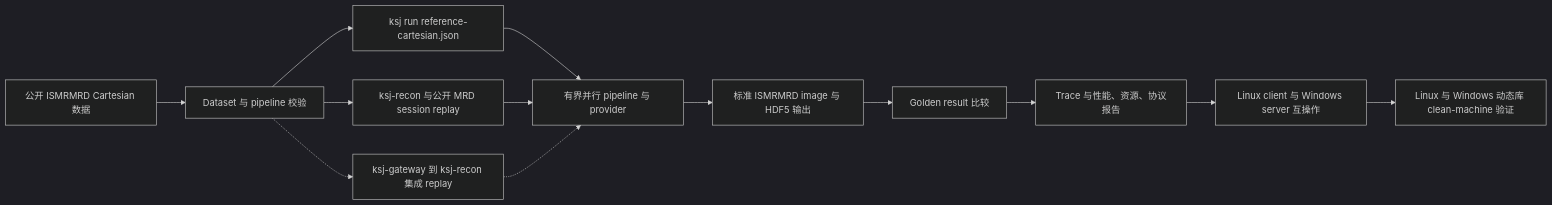
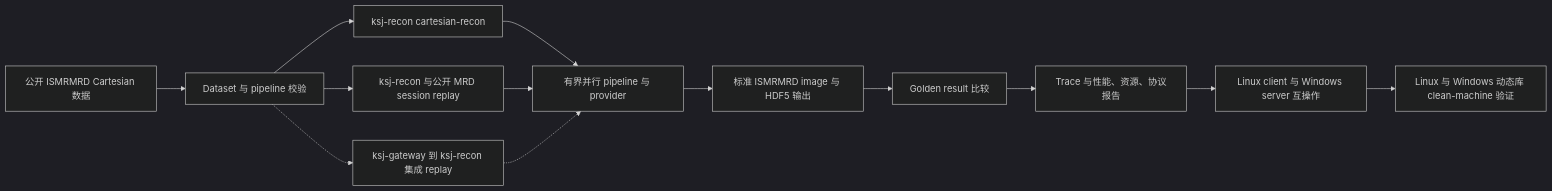
One commit to isqiwen/KSpaceJet changed the tenth of 10 diagrams in docs/architecture/streaming_reconstruction_framework_plan.md. Above: the diagram before and after it, drawn with Mermaid (dark theme). The commit also changed other lines of this file and 415 other files, not shown here.

````diff
--- a/docs/architecture/streaming_reconstruction_framework_plan.md
+++ b/docs/architecture/streaming_reconstruction_framework_plan.md
@@ -1398,15 +1399,15 @@
 ```mermaid
 flowchart LR
     publicDataset["公开 ISMRMRD Cartesian 数据"] --> validateInput["Dataset 与 pipeline 校验"]
-    validateInput --> offlinePath["ksj run reference-cartesian.json"]
+    validateInput --> offlinePath["ksj-recon cartesian-recon"]
     validateInput --> directOnlinePath["ksj-recon 与公开 MRD session replay"]
     validateInput -.-> gatewayOnlinePath["ksj-gateway 到 ksj-recon 集成 replay"]
     offlinePath --> boundedPipeline["有界并行 pipeline 与 provider"]
     directOnlinePath --> boundedPipeline
     gatewayOnlinePath -.-> boundedPipeline
     boundedPipeline --> imageOutput["标准 ISMRMRD image 与 HDF5 输出"]
     imageOutput --> goldenCompare["Golden result 比较"]
     goldenCompare --> evidenceReport["Trace 与性能、资源、协议报告"]
     evidenceReport --> crossPlatformInterop["Linux client 与 Windows server 互操作"]
     crossPlatformInterop --> cleanMachine["Linux 与 Windows 动态库 clean-machine 验证"]
 ```
````
